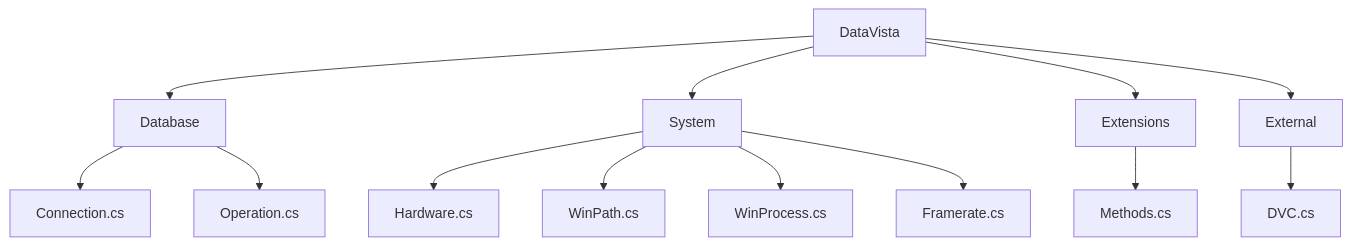
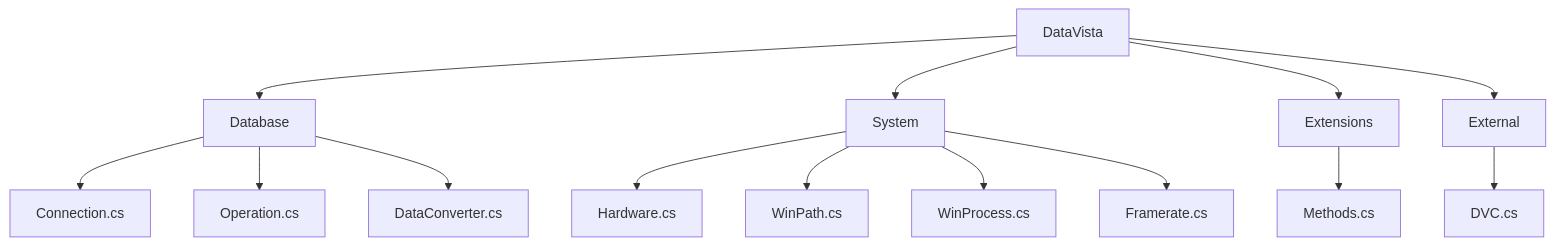
One commit to grimy86/DataVista changed the diagram in README.md. Above: the diagram before and after it, drawn with Mermaid. The commit also changed other lines of this file, not shown here.

````diff
--- a/README.md
+++ b/README.md
@@ -53,15 +53,16 @@
 ```mermaid
 graph TD;
 	DataVista --> Database
 	DataVista --> System
 	DataVista --> Extensions
 	DataVista --> External
 	Database --> Connection.cs
 	Database --> Operation.cs
+	Database --> DataConverter.cs
 	System --> Hardware.cs
 	System --> WinPath.cs
 	System --> WinProcess.cs
 	System --> Framerate.cs
 	Extensions --> Methods.cs
 	External --> DVC.cs
 ```
````
